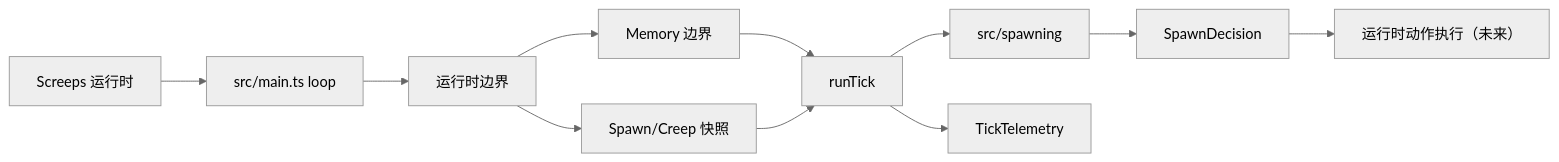
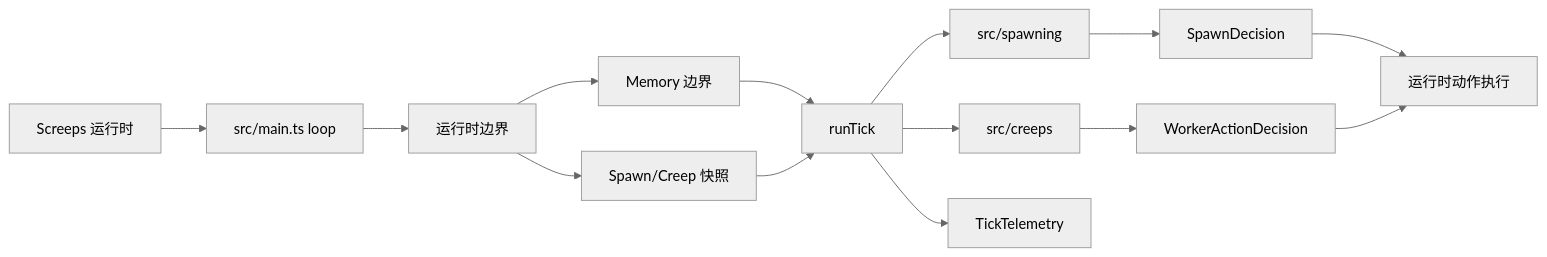
One commit to Hime-Hina/ScreepsScripts changed the diagram in docs/architecture.md. Above: the diagram before and after it, drawn with Mermaid (neutral theme). The commit also changed other lines of this file and 2 other files, not shown here.

````diff
--- a/docs/architecture.md
+++ b/docs/architecture.md
@@ -5,13 +5,16 @@
 ```mermaid
 flowchart LR
   Screeps["Screeps 运行时"] --> Main["src/main.ts loop"]
   Main --> Boundary["运行时边界"]
   Boundary --> Memory["Memory 边界"]
   Boundary --> SpawnSnapshot["Spawn/Creep 快照"]
   Memory --> Kernel["runTick"]
   SpawnSnapshot --> Kernel
   Kernel --> Spawning["src/spawning"]
+  Kernel --> Creeps["src/creeps"]
   Spawning --> SpawnDecision["SpawnDecision"]
-  SpawnDecision --> Actions["运行时动作执行（未来）"]
+  Creeps --> WorkerDecision["WorkerActionDecision"]
+  SpawnDecision --> Actions["运行时动作执行"]
+  WorkerDecision --> Actions
   Kernel --> Telemetry["TickTelemetry"]
 ```
````
